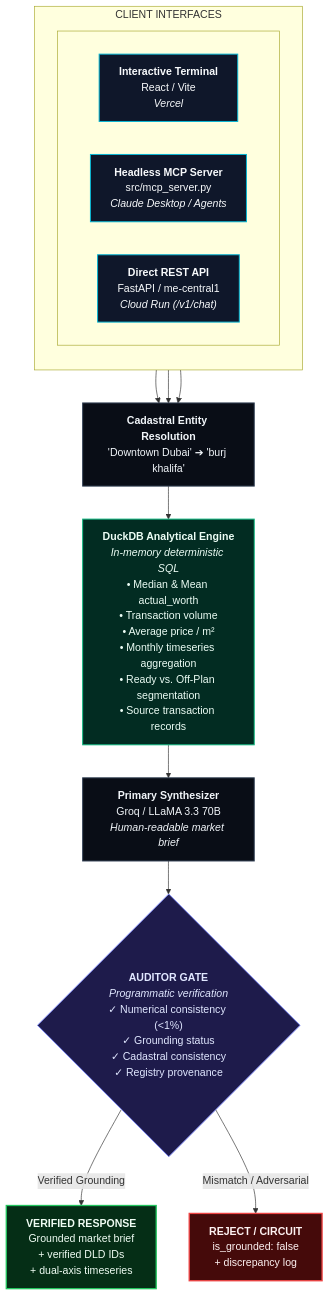
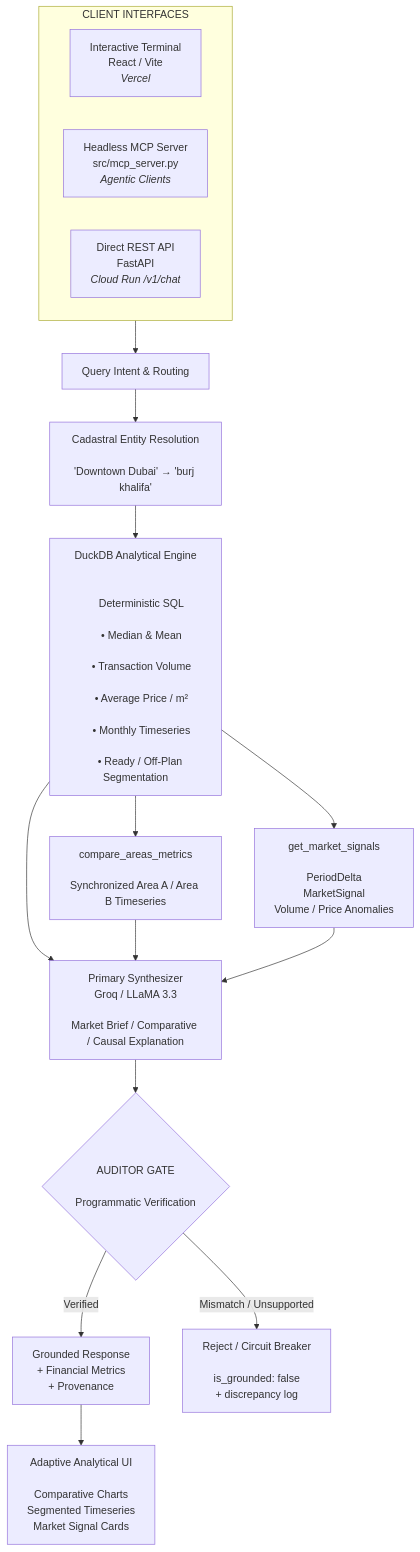
The diagram in README.md (aha2003/acreiq), drawn with Mermaid before and after one commit. The commit also changed other lines of this file and 7 other files, not shown here.

Commit message:
docs: rewrite README for 2026 dataset, comparative analytics, and adaptive UI

````diff
--- a/README.md
+++ b/README.md
@@ -34,40 +34,39 @@
 ```mermaid
 flowchart TD
+
     subgraph Clients["CLIENT INTERFACES"]
-        direction TB
-        subgraph ClientRow[" "]
-            direction LR
-            C1["<b>Interactive Terminal</b><br/>React / Vite<br/><i>Vercel</i>"]
-            C2["<b>Headless MCP Server</b><br/>src/mcp_server.py<br/><i>Claude Desktop / Agents</i>"]
-            C3["<b>Direct REST API</b><br/>FastAPI / me-central1<br/><i>Cloud Run (/v1/chat)</i>"]
-        end
+        direction LR
+
+        C1["Interactive Terminal<br/>React / Vite<br/><i>Vercel</i>"]
+        C2["Headless MCP Server<br/>src/mcp_server.py<br/><i>Agentic Clients</i>"]
+        C3["Direct REST API<br/>FastAPI<br/><i>Cloud Run /v1/chat</i>"]
     end
 
-    C1 --> Cadastral["<b>Cadastral Entity Resolution</b><br/>'Downtown Dubai' ➔ 'burj khalifa'"]
-    C2 --> Cadastral
-    C3 --> Cadastral
+    Clients --> Router["Query Intent & Routing"]
 
-    Cadastral --> DuckDB["<b>DuckDB Analytical Engine</b><br/><i>In-memory deterministic SQL</i><br/>• Median & Mean actual_worth<br/>• Transaction volume<br/>• Average price / m²<br/>• Monthly timeseries aggregation<br/>• Ready vs. Off-Plan segmentation<br/>• Source transaction records"]
+    Router --> Cadastral["Cadastral Entity Resolution<br/><br/>'Downtown Dubai' → 'burj khalifa'"]
 
-    DuckDB --> Synthesizer["<b>Primary Synthesizer</b><br/>Groq / LLaMA 3.3 70B<br/><i>Human-readable market brief</i>"]
+    Cadastral --> Analytics["DuckDB Analytical Engine<br/><br/>
+    Deterministic SQL<br/>
+    • Median & Mean<br/>
+    • Transaction Volume<br/>
+    • Average Price / m²<br/>
+    • Monthly Timeseries<br/>
+    • Ready / Off-Plan Segmentation"]
 
-    Synthesizer --> Auditor{"<b>AUDITOR GATE</b><br/><i>Programmatic verification</i><br/>✓ Numerical consistency (&lt;1%)<br/>✓ Grounding status<br/>✓ Cadastral consistency<br/>✓ Registry provenance"}
+    Analytics --> Compare["compare_areas_metrics<br/><br/>Synchronized Area A / Area B Timeseries"]
 
-    Auditor -- "Verified Grounding" --> Pass["<b>VERIFIED RESPONSE</b><br/>Grounded market brief<br/>+ verified DLD IDs<br/>+ dual-axis timeseries"]
-    Auditor -- "Mismatch / Adversarial" --> Fail["<b>REJECT / CIRCUIT</b><br/>is_grounded: false<br/>+ discrepancy log"]
+    Analytics --> Signals["get_market_signals<br/><br/>PeriodDelta<br/>MarketSignal<br/>Volume / Price Anomalies"]
 
-    %% Node Styling
-    classDef clientStyle fill:#0f172a,stroke:#06b6d4,stroke-width:1.5px,color:#f8fafc;
-    classDef compStyle fill:#090d16,stroke:#334155,stroke-width:1.5px,color:#f1f5f9;
-    classDef engineStyle fill:#022c22,stroke:#10b981,stroke-width:1.5px,color:#ecfdf5;
-    classDef auditorStyle fill:#1e1b4b,stroke:#818cf8,stroke-width:1.5px,color:#e0e7ff;
-    classDef passStyle fill:#052e16,stroke:#22c55e,stroke-width:2px,color:#f0fdf4;
-    classDef failStyle fill:#450a0a,stroke:#ef4444,stroke-width:2px,color:#fef2f2;
+    Analytics --> Synth["Primary Synthesizer<br/>Groq / LLaMA 3.3<br/><br/>Market Brief / Comparative / Causal Explanation"]
 
-    class C1,C2,C3 clientStyle;
-    class Cadastral,Synthesizer compStyle;
-    class DuckDB engineStyle;
-    class Auditor auditorStyle;
-    class Pass passStyle;
-    class Fail failStyle;
+    Compare --> Synth
+    Signals --> Synth
+
+    Synth --> Auditor{"AUDITOR GATE<br/><br/>Programmatic Verification"}
+
+    Auditor -->|Verified| Response["Grounded Response<br/>+ Financial Metrics<br/>+ Provenance"]
+    Auditor -->|Mismatch / Unsupported| Reject["Reject / Circuit Breaker<br/><br/>is_grounded: false<br/>+ discrepancy log"]
+
+    Response --> UI["Adaptive Analytical UI<br/><br/>Comparative Charts<br/>Segmented Timeseries<br/>Market Signal Cards"]
 ```
````
